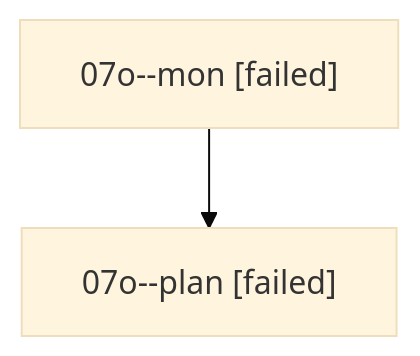
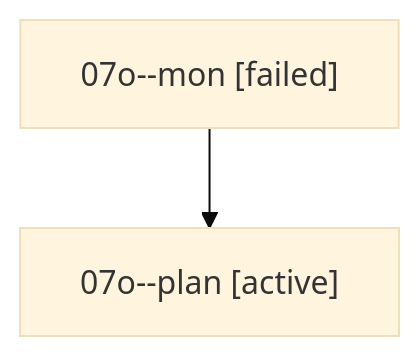
Before and after one commit to sase-org/sase--agents: the diagram in families/bbugyi200.athena.07o.md, drawn with Mermaid (base theme). The commit also changed other lines of this file and 35830 other files, not shown here.

````diff
--- a/families/bbugyi200.athena.07o.md
+++ b/families/bbugyi200.athena.07o.md
@@ -9,6 +9,6 @@
 ```mermaid
 flowchart TD
   n0["07o--mon [failed]"]
-  n1["07o--plan [failed]"]
+  n1["07o--plan [active]"]
   n0 --> n1
 ```
````
